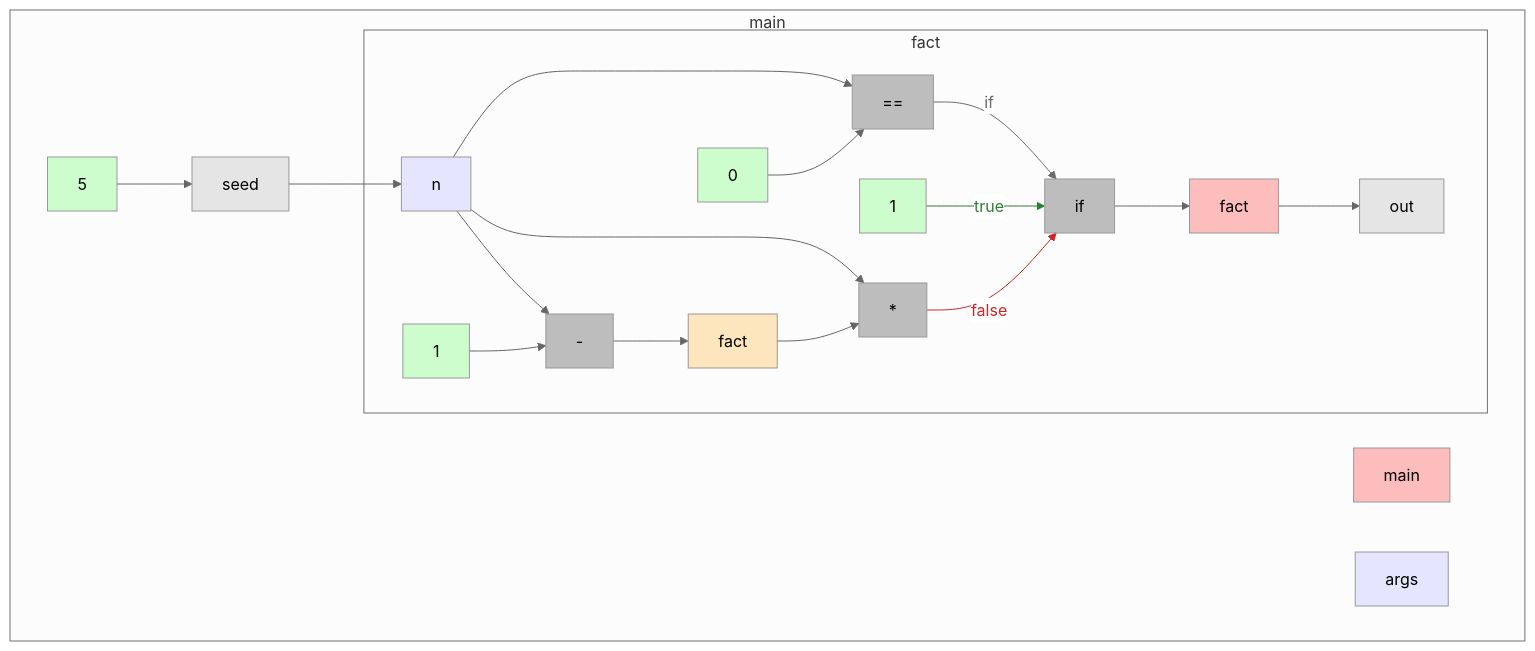
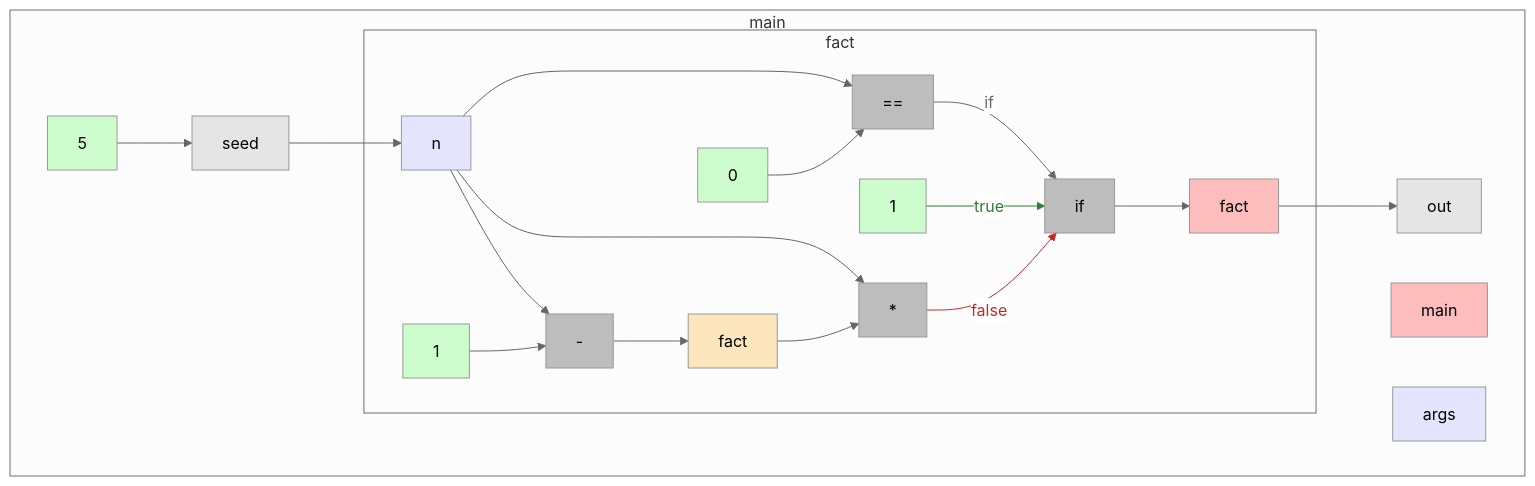
One commit to gstiebler/codeflow changed the diagram in app/src/test/resources/recursion/truth.md. Above: the diagram before and after it, drawn with Mermaid (neutral theme). The commit also changed 34 other files, not shown here.

````diff
--- a/app/src/test/resources/recursion/truth.md
+++ b/app/src/test/resources/recursion/truth.md
@@ -1,46 +1,46 @@
 ```mermaid
 flowchart TD
   subgraph b0["main"]
     n1[main]:::RETURN
     n2[args]:::FUNC_PARAM
     n3[5]:::LITERAL
     n4[seed]:::VARIABLE
     n16[out]:::VARIABLE
     n3[5]:::LITERAL --> n4[seed]:::VARIABLE
     n4[seed]:::VARIABLE --> n7[n]:::FUNC_PARAM
+    n6[fact]:::RETURN --> n16[out]:::VARIABLE
     subgraph b5["fact"]
       n6[fact]:::RETURN
       n7[n]:::FUNC_PARAM
       n8[0]:::LITERAL
       n9[==]:::BIN_OP
       n10[1]:::LITERAL
       n11[1]:::LITERAL
       n12[-]:::BIN_OP
       n13[fact]:::EXTERNAL
       n14[*]:::BIN_OP
       n15[if]:::BIN_OP
-      n6[fact]:::RETURN --> n16[out]:::VARIABLE
       n7[n]:::FUNC_PARAM --> n9[==]:::BIN_OP
       n7[n]:::FUNC_PARAM --> n12[-]:::BIN_OP
       n7[n]:::FUNC_PARAM --> n14[*]:::BIN_OP
       n8[0]:::LITERAL --> n9[==]:::BIN_OP
       n9[==]:::BIN_OP -->|if| n15[if]:::BIN_OP
       n10[1]:::LITERAL -->|true| n15[if]:::BIN_OP
       n11[1]:::LITERAL --> n12[-]:::BIN_OP
       n12[-]:::BIN_OP --> n13[fact]:::EXTERNAL
       n13[fact]:::EXTERNAL --> n14[*]:::BIN_OP
       n14[*]:::BIN_OP -->|false| n15[if]:::BIN_OP
       n15[if]:::BIN_OP --> n6[fact]:::RETURN
     end
   end
   linkStyle 7 stroke:#6a6a6a,color:#6a6a6a
   linkStyle 8 stroke:#2e7d32,color:#2e7d32
   linkStyle 12 stroke:#c62828,color:#c62828
   classDef LITERAL fill:#00FF0030
   classDef VARIABLE fill:#80808030
   classDef BIN_OP fill:#80808080
   classDef FUNC_PARAM fill:#8080FF30
   classDef RETURN fill:#FF808080
   classDef EXTERNAL fill:#FFA50040
   classDef UNMODELLED fill:#FF000030,stroke-dasharray: 4 2
 ```
````
